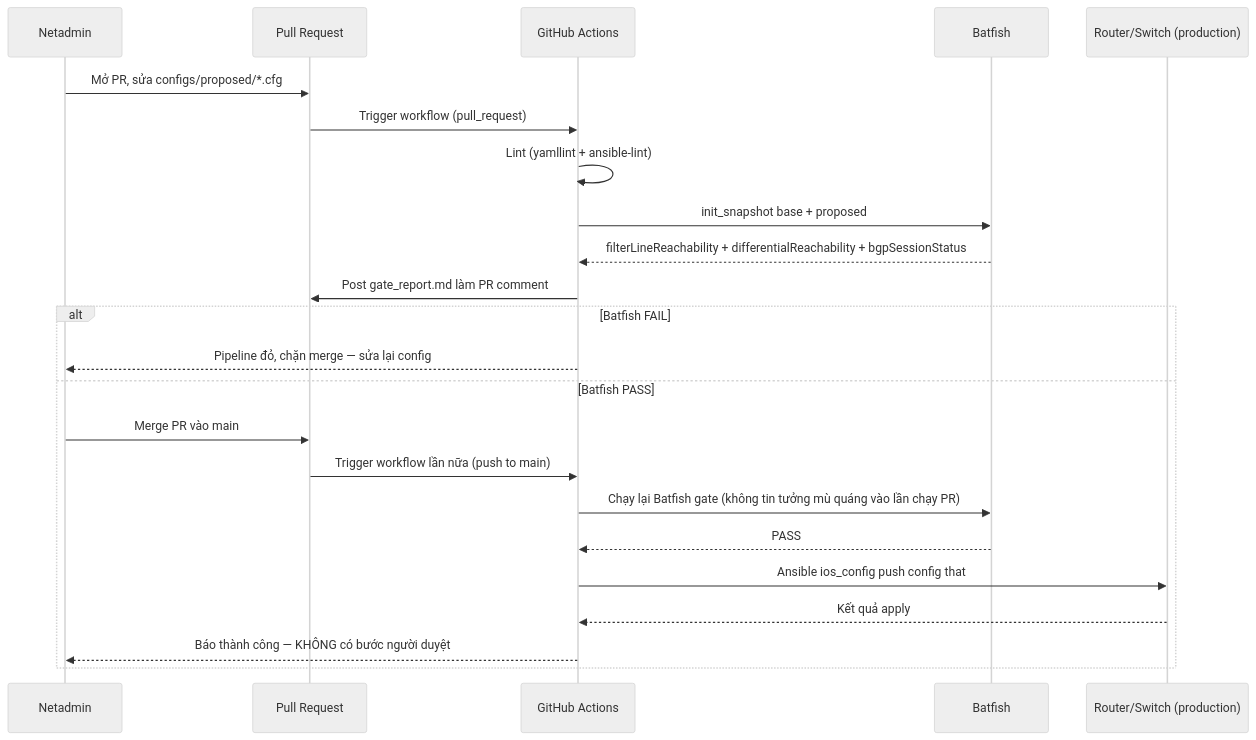
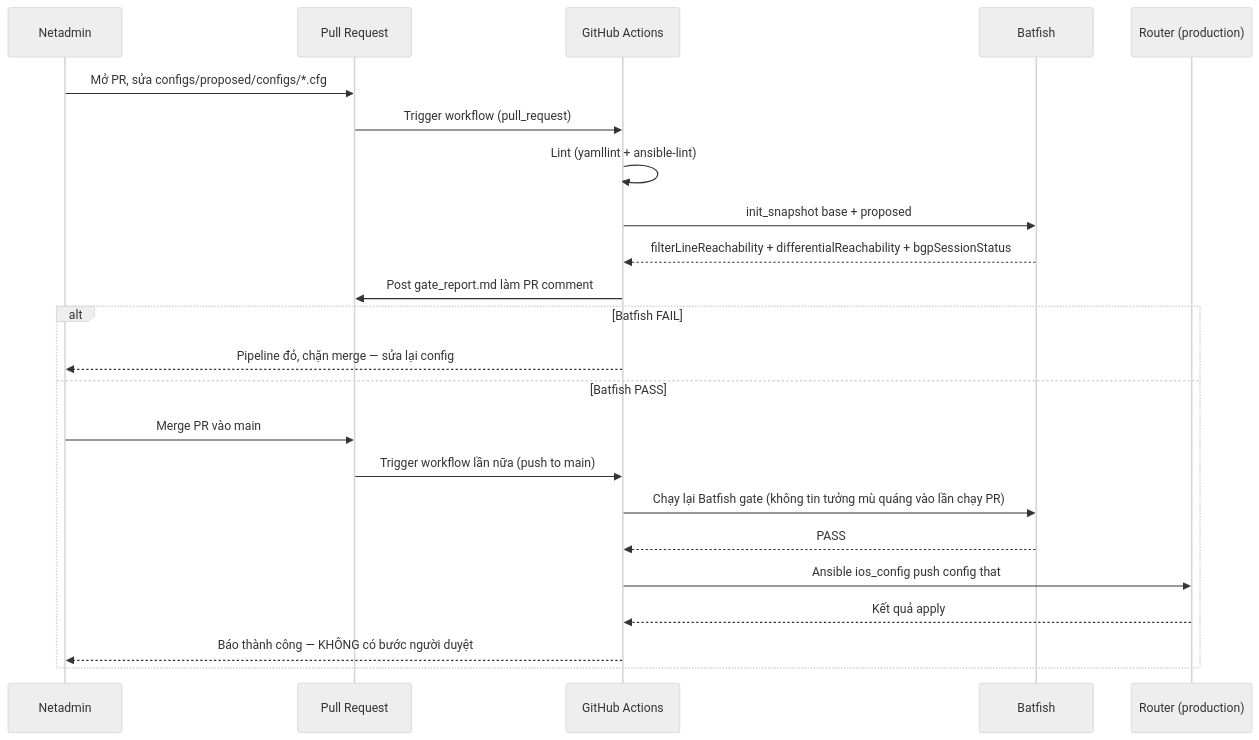
Before and after one commit to thangphan205/network-thuc-chien: the diagram in cicd-network-config/6-simple-validate-then-push/README.md, drawn with Mermaid (neutral theme). The commit also changed other lines of this file and 13 other files, not shown here.

````diff
--- a/cicd-network-config/6-simple-validate-then-push/README.md
+++ b/cicd-network-config/6-simple-validate-then-push/README.md
@@ -11,26 +11,26 @@
 ```mermaid
 sequenceDiagram
     participant Net as Netadmin
     participant Git as Pull Request
     participant CI as GitHub Actions
     participant BF as Batfish
-    participant Dev1 as Router/Switch (production)
+    participant Dev1 as Router (production)
 
-    Net->>Git: Mở PR, sửa configs/proposed/*.cfg
+    Net->>Git: Mở PR, sửa configs/proposed/configs/*.cfg
     Git->>CI: Trigger workflow (pull_request)
     CI->>CI: Lint (yamllint + ansible-lint)
     CI->>BF: init_snapshot base + proposed
     BF-->>CI: filterLineReachability + differentialReachability + bgpSessionStatus
     CI->>Git: Post gate_report.md làm PR comment
     alt Batfish FAIL
         CI-->>Net: Pipeline đỏ, chặn merge — sửa lại config
     else Batfish PASS
         Net->>Git: Merge PR vào main
         Git->>CI: Trigger workflow lần nữa (push to main)
         CI->>BF: Chạy lại Batfish gate (không tin tưởng mù quáng vào lần chạy PR)
         BF-->>CI: PASS
         CI->>Dev1: Ansible ios_config push config that
         Dev1-->>CI: Kết quả apply
         CI-->>Net: Báo thành công — KHÔNG có bước người duyệt
     end
 ```
````
